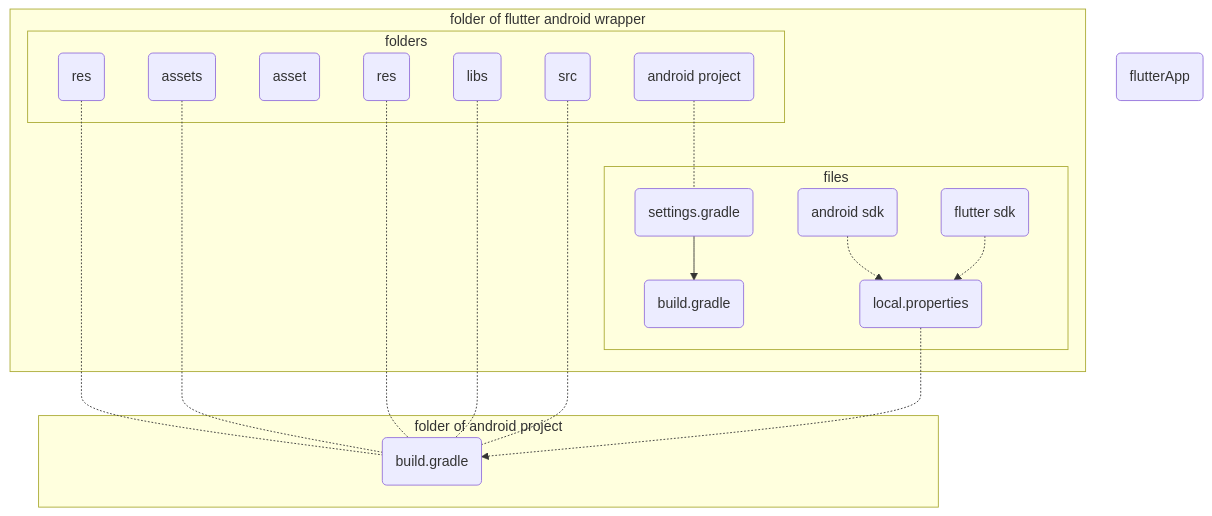
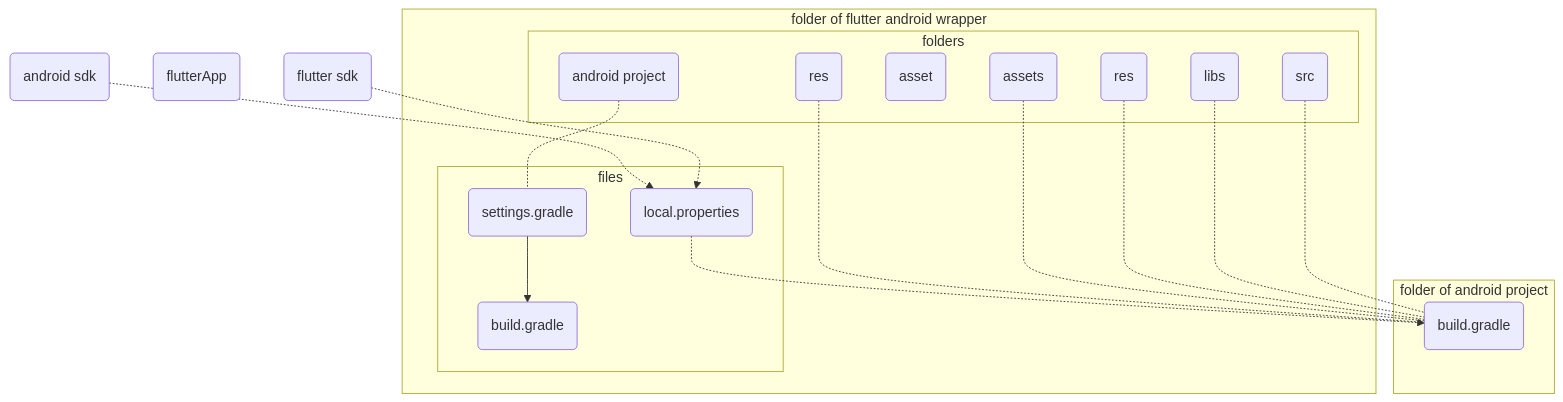
Before and after one commit to gordianknotC/nxp_note: the second of 2 diagrams in flutter/addAndroidProjIntoFlutter.md, drawn with Mermaid. The commit also changed other lines of this file, not shown here.

Commit message:
flutter/addAndroidProjIntoFlutter.md updated from https://stackedit.io/

````diff
--- a/flutter/addAndroidProjIntoFlutter.md
+++ b/flutter/addAndroidProjIntoFlutter.md
@@ -228,40 +228,40 @@
 ```mermaid
 graph TB
-	F(flutterApp)
+	
 	subgraph folder of flutter android wrapper
 		subgraph files
 			WS(settings.gradle) --> WB(build.gradle)
 			WL(local.properties)
-			WL1(android sdk)-.->WL
-			WL2(flutter sdk)-.->WL
 		end
-		
 		
 		subgraph folders
 			WR(res)
 			WP(android project)
 			WT(asset)
 		end
 	end
 	
 	subgraph folder of android project
 		AB(build.gradle)
 		 subgraph folders
 			 AR(res) 
 			 AT(assets)
 			 AL(libs)
 			 AC(src)
 		 end
 	end	 
 	
 	WP -.- WS
-
 	WR -.- AB
 	AT -.- AB
 	AR -.- AB
 	AL -.- AB
 	AC -.- AB
 	WL -.-> AB
 	
+	F(flutterApp)
+	WL1(android sdk)-.->WL
+	WL2(flutter sdk)-.->WL
+	
 
 ```
````
